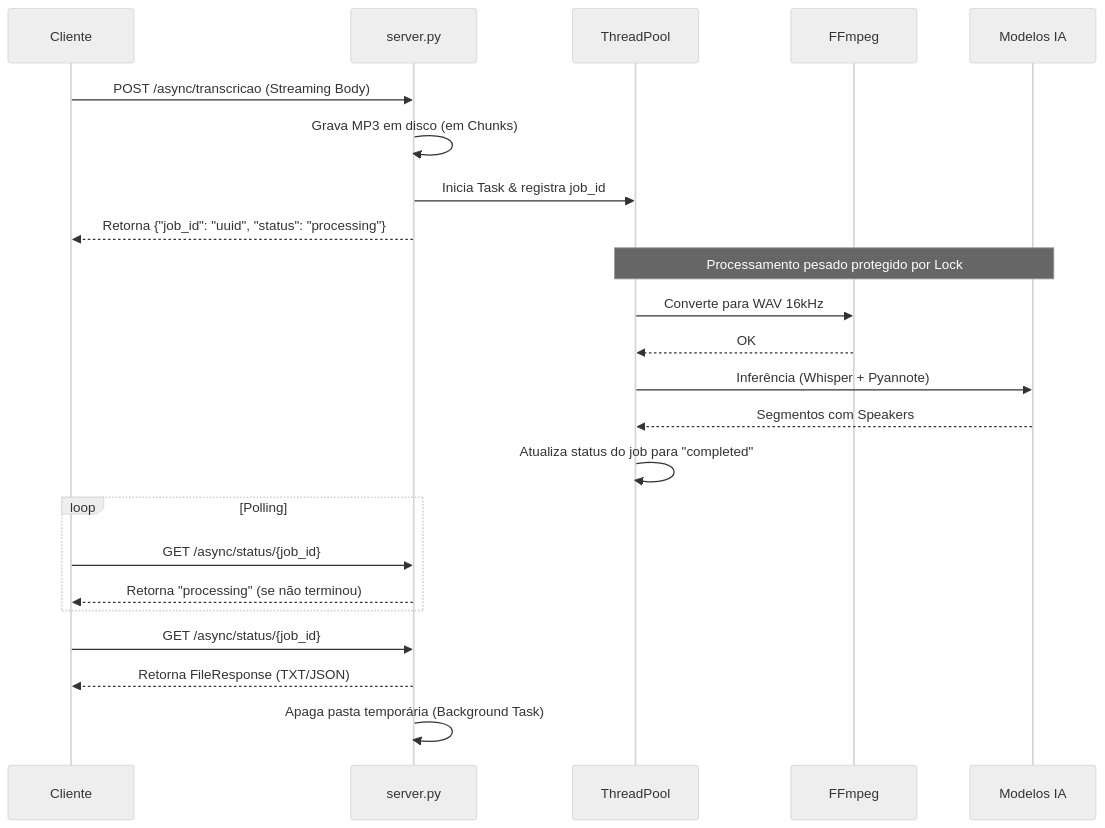
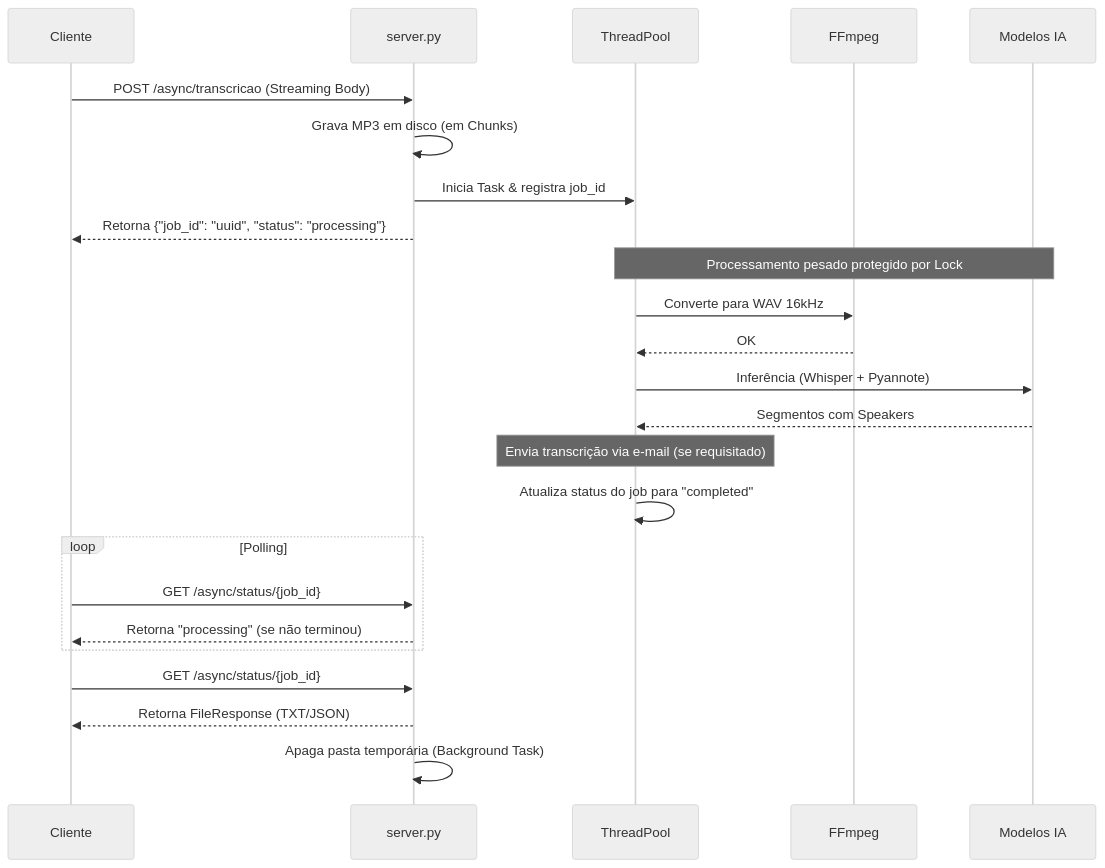
Before and after one commit to caiocolares/tap: the diagram in DOC.md, drawn with Mermaid (neutral theme). The commit also changed other lines of this file and 2 other files, not shown here.

First line of the commit message:
docs: atualização com instruções sobre envio por e-mail

````diff
--- a/DOC.md
+++ b/DOC.md
@@ -44,32 +44,33 @@
 ```mermaid
 sequenceDiagram
     participant Cliente
     participant FastAPI as server.py
     participant Background as ThreadPool
     participant FFmpeg as FFmpeg
     participant Whisper as Modelos IA
 
     %% Fase 1: Despacho do Job
     Cliente->>FastAPI: POST /async/transcricao (Streaming Body)
     FastAPI->>FastAPI: Grava MP3 em disco (em Chunks)
     FastAPI->>Background: Inicia Task & registra job_id
     FastAPI-->>Cliente: Retorna {"job_id": "uuid", "status": "processing"}
     
     %% Fase 2: Processamento Assíncrono
     Note over Background, Whisper: Processamento pesado protegido por Lock
     Background->>FFmpeg: Converte para WAV 16kHz
     FFmpeg-->>Background: OK
     Background->>Whisper: Inferência (Whisper + Pyannote)
     Whisper-->>Background: Segmentos com Speakers
+    Note over Background: Envia transcrição via e-mail (se requisitado)
     Background->>Background: Atualiza status do job para "completed"
     
     %% Fase 3: Polling e Download
     loop Polling
         Cliente->>FastAPI: GET /async/status/{job_id}
         FastAPI-->>Cliente: Retorna "processing" (se não terminou)
     end
     
     Cliente->>FastAPI: GET /async/status/{job_id}
     FastAPI-->>Cliente: Retorna FileResponse (TXT/JSON)
     FastAPI->>FastAPI: Apaga pasta temporária (Background Task)
 ```
````
